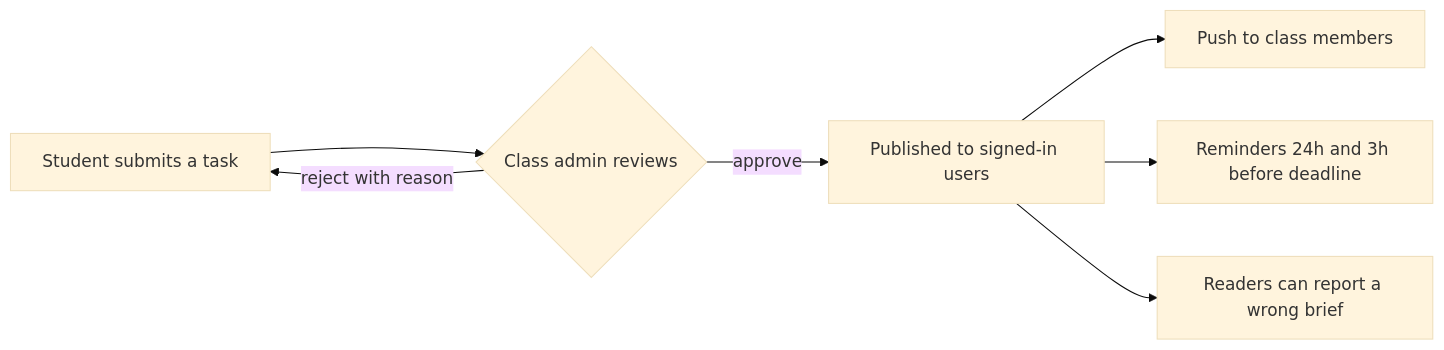
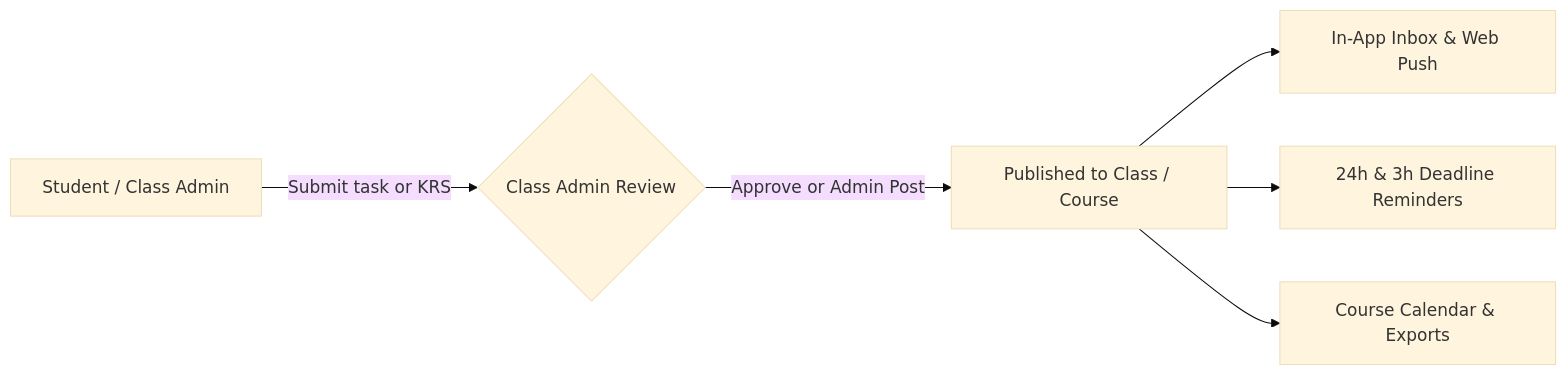
One commit to knsiuss/starstask changed the diagram in README.md. Above: the diagram before and after it, drawn with Mermaid (base theme). The commit also changed other lines of this file and 3 other files, not shown here.

````diff
--- a/README.md
+++ b/README.md
@@ -55,9 +47,8 @@
 ```mermaid
 flowchart LR
-  A[Student submits a task] --> B{Class admin reviews}
-  B -- approve --> C[Published to signed-in users]
-  B -- reject with reason --> A
-  C --> D[Push to class members]
-  C --> E[Reminders 24h and 3h before deadline]
-  C --> F[Readers can report a wrong brief]
+  A[Student / Class Admin] -->|Submit task or KRS| B{Class Admin Review}
+  B -->|Approve or Admin Post| C[Published to Class / Course]
+  C --> D[In-App Inbox & Web Push]
+  C --> E[24h & 3h Deadline Reminders]
+  C --> F[Course Calendar & Exports]
 ```
````
